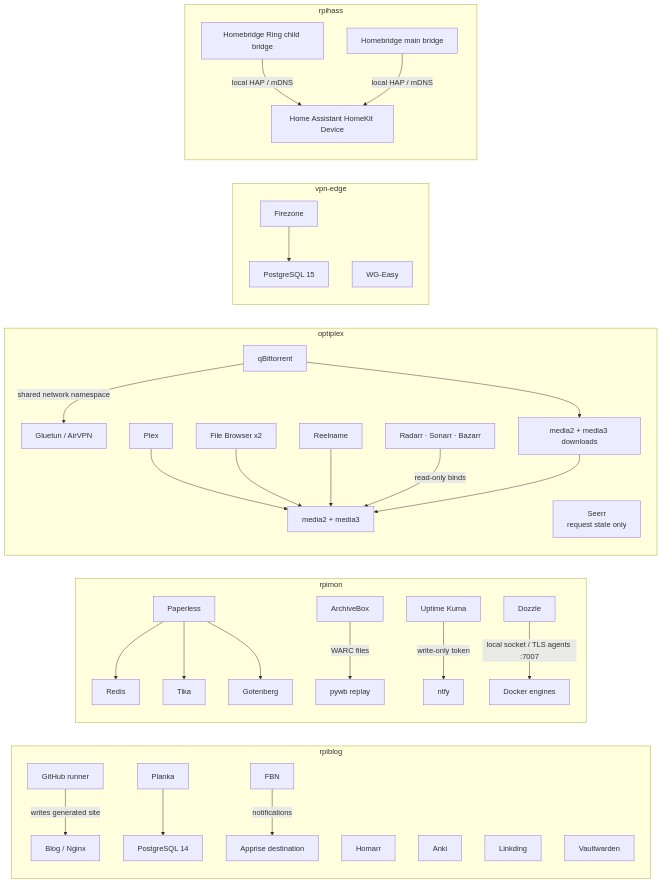
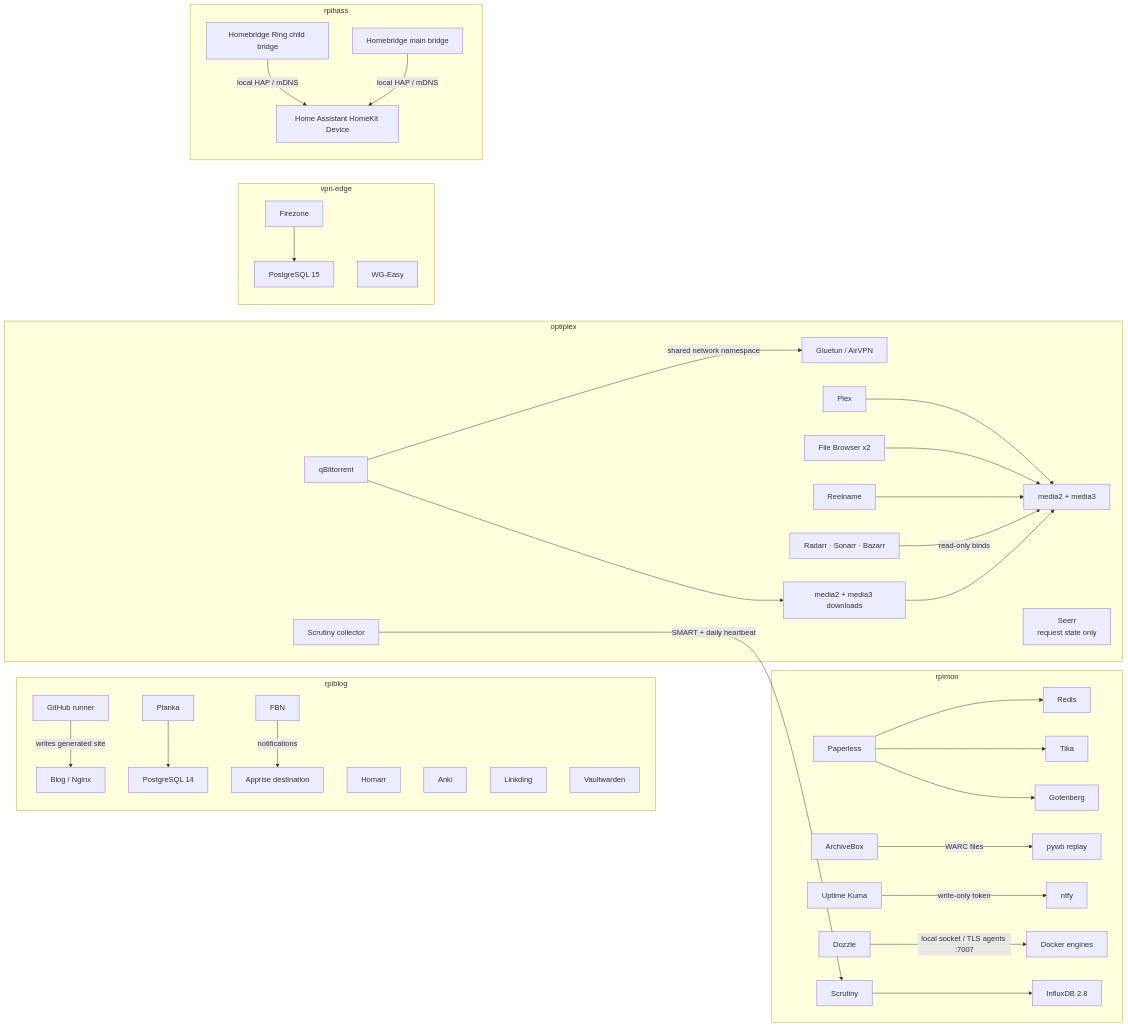
One commit to viseshrp/homelab changed the second of 2 diagrams in docs/architecture.md. Above: the diagram before and after it, drawn with Mermaid. The commit also changed other lines of this file and 20 other files, not shown here.

Commit message:
Add Scrutiny disk monitoring and Kuma collector heartbeats

````diff
--- a/docs/architecture.md
+++ b/docs/architecture.md
@@ -47,42 +47,44 @@
 ```mermaid
 flowchart LR
     subgraph web["rpiblog"]
         runner["GitHub runner"] -->|"writes generated site"| blog["Blog / Nginx"]
         planka["Planka"] --> plankaDb["PostgreSQL 14"]
         homarr["Homarr"]
         anki["Anki"]
         linkding["Linkding"]
         vaultwarden["Vaultwarden"]
         fbn["FBN"] -->|"notifications"| apprise["Apprise destination"]
     end
 
     subgraph observability["rpimon"]
         paperless["Paperless"] --> redis["Redis"]
         paperless --> tika["Tika"]
         paperless --> gotenberg["Gotenberg"]
         archivebox["ArchiveBox"] -->|"WARC files"| pywb["pywb replay"]
         kuma["Uptime Kuma"] -->|"write-only token"| ntfy["ntfy"]
         dozzle["Dozzle"] -->|"local socket / TLS agents :7007"| dockerHosts["Docker engines"]
+        scrutiny["Scrutiny"] --> scrutinyDb["InfluxDB 2.8"]
     end
 
     subgraph media["optiplex"]
         qbit["qBittorrent"] -->|"shared network namespace"| gluetun["Gluetun / AirVPN"]
         qbit --> downloads["media2 + media3 downloads"]
         plex["Plex"] --> mediaTrees["media2 + media3"]
         filebrowser["File Browser x2"] --> mediaTrees
         reelname["Reelname"] --> mediaTrees
         mediaManagers["Radarr · Sonarr · Bazarr"] -->|"read-only binds"| mediaTrees
         seerr["Seerr<br/>request state only"]
+        scrutinyCollector["Scrutiny collector"] -->|"SMART + daily heartbeat"| scrutiny
         downloads --> mediaTrees
     end
 
     subgraph remote["vpn-edge"]
         firezone["Firezone"] --> firezoneDb["PostgreSQL 15"]
         wgeasy["WG-Easy"]
     end
 
     subgraph automation["rpihass"]
         ringPlugin["Homebridge Ring child bridge"] -->|"local HAP / mDNS"| homeAssistant["Home Assistant HomeKit Device"]
         homebridge["Homebridge main bridge"] -->|"local HAP / mDNS"| homeAssistant
     end
 ```
````
